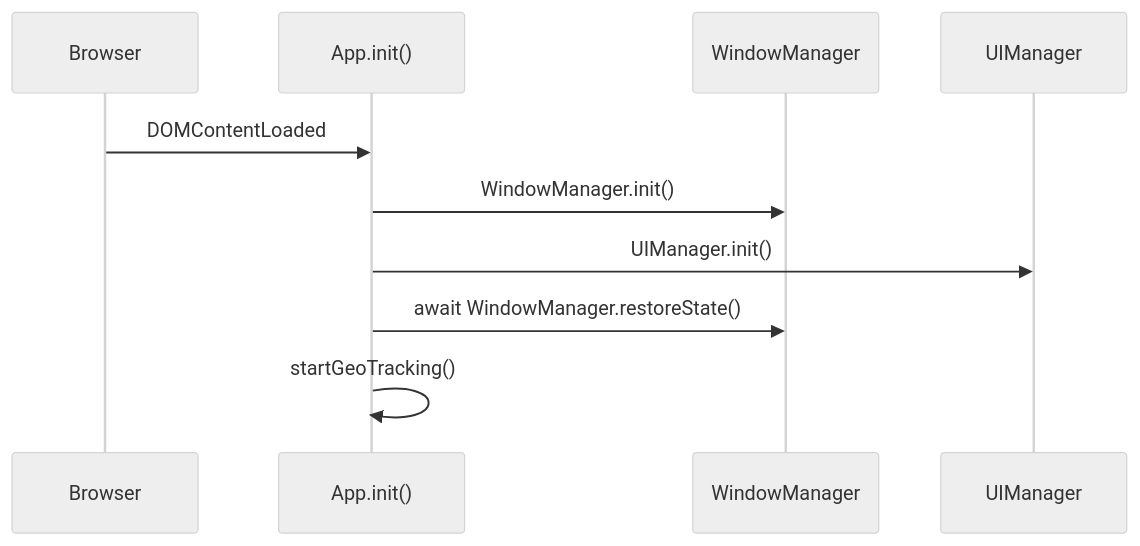
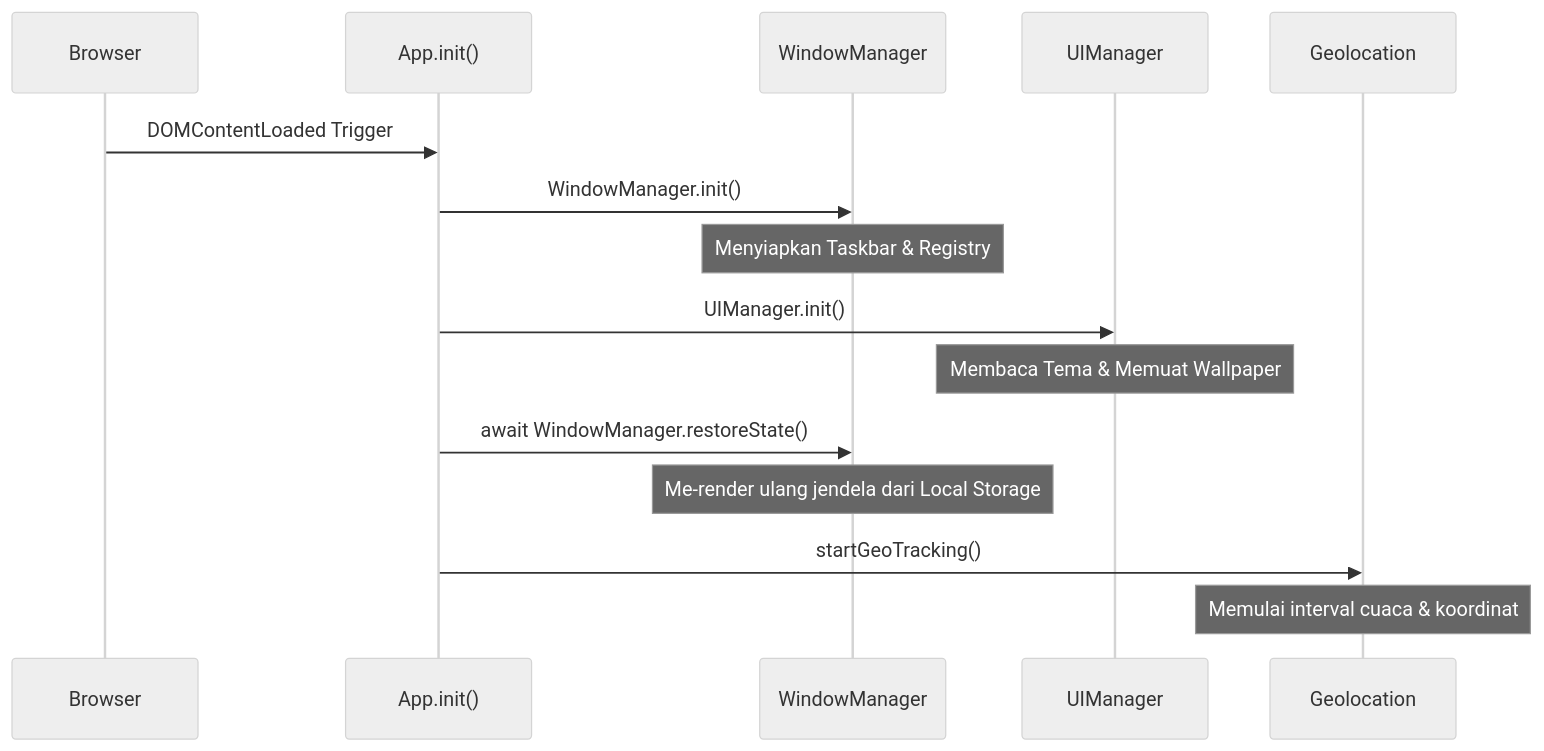
One commit to authntcG/authntcg.github.io changed the first of 4 diagrams in docs/architecture.md. Above: the diagram before and after it, drawn with Mermaid (neutral theme). The commit also changed other lines of this file and 4 other files, not shown here.

First line of the commit message:
Docs: expand architecture, tools, walkthrough

````diff
--- a/docs/architecture.md
+++ b/docs/architecture.md
@@ -9,13 +11,18 @@
 ```mermaid
 sequenceDiagram
     participant B as Browser
     participant A as App.init()
     participant W as WindowManager
     participant U as UIManager
+    participant Geo as Geolocation
     
-    B->>A: DOMContentLoaded
+    B->>A: DOMContentLoaded Trigger
     A->>W: WindowManager.init()
+    Note over W: Menyiapkan Taskbar & Registry
     A->>U: UIManager.init()
+    Note over U: Membaca Tema & Memuat Wallpaper
     A->>W: await WindowManager.restoreState()
-    A->>A: startGeoTracking()
+    Note over W: Me-render ulang jendela dari Local Storage
+    A->>Geo: startGeoTracking()
+    Note over Geo: Memulai interval cuaca & koordinat
 ```
````
